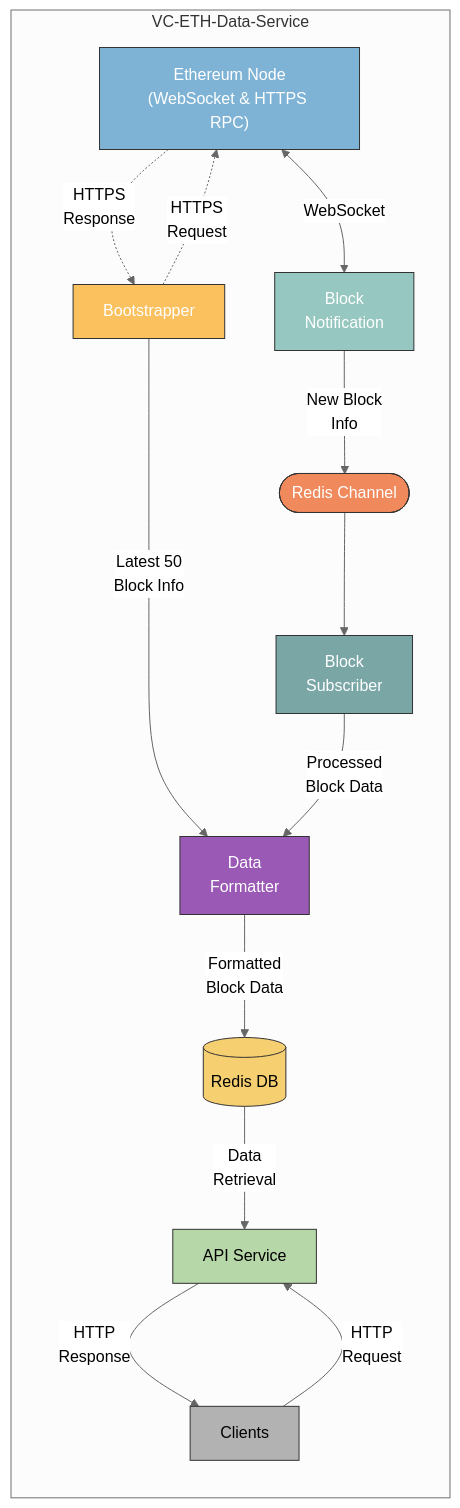
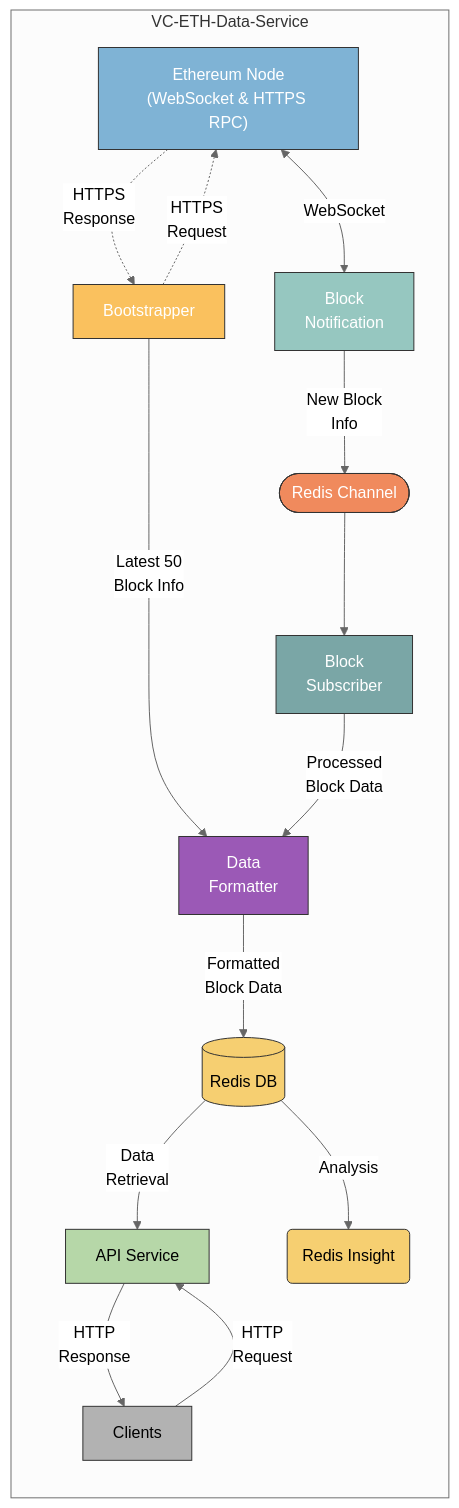
The diagram in DESIGN.md (srinathln7/ethereum-data-service), drawn with Mermaid (neutral theme) before and after one commit. The commit also changed other lines of this file and 1 other file, not shown here.

Commit message:
integrate redis-insight

````diff
--- a/DESIGN.md
+++ b/DESIGN.md
@@ -3,40 +3,41 @@
 ```mermaid
 graph TD
 
     classDef ethereumNodeStyle fill:#7FB3D5,stroke:#333,stroke-width:1px,color:white;
     classDef blockNotificationStyle fill:#96C7C0,stroke:#333,stroke-width:1px,color:white;
     classDef bootstrapperStyle fill:#FAC15E,stroke:#333,stroke-width:1px,color:white;
     classDef redisChannelStyle fill:#F08A5D,stroke:#333,stroke-width:1px,color:white;
     classDef blockSubscriberStyle fill:#7AA6A6,stroke:#333,stroke-width:1px,color:white;
     classDef dataFormatterStyle fill:#9b59b6,stroke:#333,stroke-width:1px,color:white;
     classDef redisDBStyle fill:#F6CF71,stroke:#333,stroke-width:1px,color:black;
     classDef apiServiceStyle fill:#B6D7A8,stroke:#333,stroke-width:1px,color:black;
     classDef clientsStyle fill:#B2B2B2,stroke:#333,stroke-width:1px,color:black;
-    
+
     subgraph VC-ETH-Data-Service
         direction TB
-        
+
         ethereumNode["Ethereum Node<br/>(WebSocket & HTTPS RPC)"]:::ethereumNodeStyle
         blockNotification["Block<br/>Notification"]:::blockNotificationStyle
         bootstrapper["Bootstrapper"]:::bootstrapperStyle
         redisChannel(["Redis Channel"]):::redisChannelStyle
         blockSubscriber["Block<br/>Subscriber"]:::blockSubscriberStyle
         dataFormatter["Data<br/>Formatter"]:::dataFormatterStyle
         redisDB[("Redis DB")]:::redisDBStyle
+        redisInsight("Redis Insight"):::redisDBStyle
         apiService["API Service"]:::apiServiceStyle
         clients["Clients"]:::clientsStyle
-        
+
         ethereumNode <--> |WebSocket| blockNotification
         bootstrapper -.-> |HTTPS<br/>Request| ethereumNode
         ethereumNode -.-> |HTTPS<br/>Response| bootstrapper
         blockNotification --> |New Block<br/>Info| redisChannel
         bootstrapper --> |Latest 50<br/>Block Info| dataFormatter
         redisChannel --> blockSubscriber
         blockSubscriber --> |Processed<br/>Block Data| dataFormatter
         dataFormatter --> |Formatted<br/>Block Data| redisDB
         redisDB --> |Data<br/>Retrieval| apiService
+        redisDB --> |Analysis| redisInsight
         clients --> |HTTP<br/>Request| apiService
         apiService --> |HTTP<br/>Response| clients
     end
-
 ```
````
